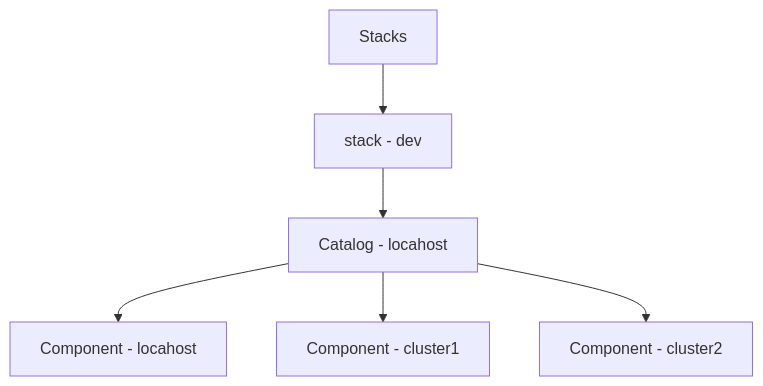
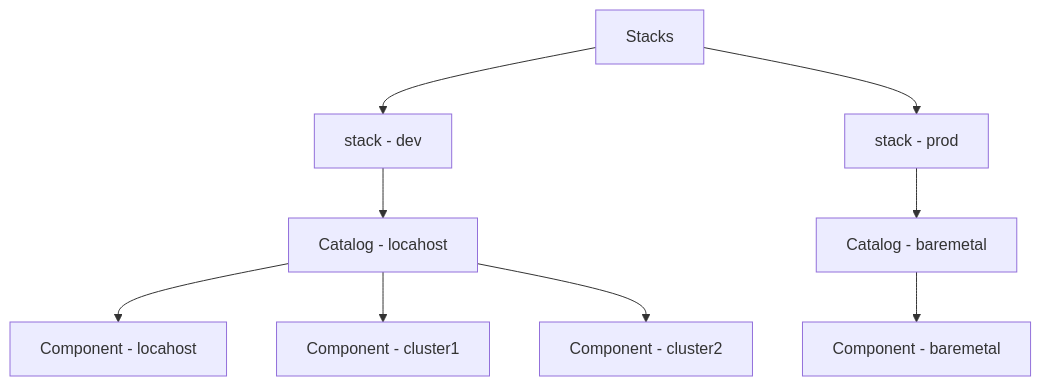
The second of 2 diagrams in README.md (zloeber/tofu-exploration), drawn with Mermaid before and after one commit. The commit also changed other lines of this file and 3 other files, not shown here.

````diff
--- a/README.md
+++ b/README.md
@@ -82,8 +82,11 @@
 ```mermaid
 flowchart TD
     Stacks --> stack1[stack - dev]
+    Stacks --> stack2[stack - prod]
     stack1 --> Catalog[Catalog - locahost]
+    stack2 --> CatalogBM[Catalog - baremetal]
+    CatalogBM --> compBM1[Component - baremetal]
     Catalog --> comp1[Component - locahost]
     Catalog --> comp2[Component - cluster1]
     Catalog --> comp3[Component - cluster2]
 ```
````
